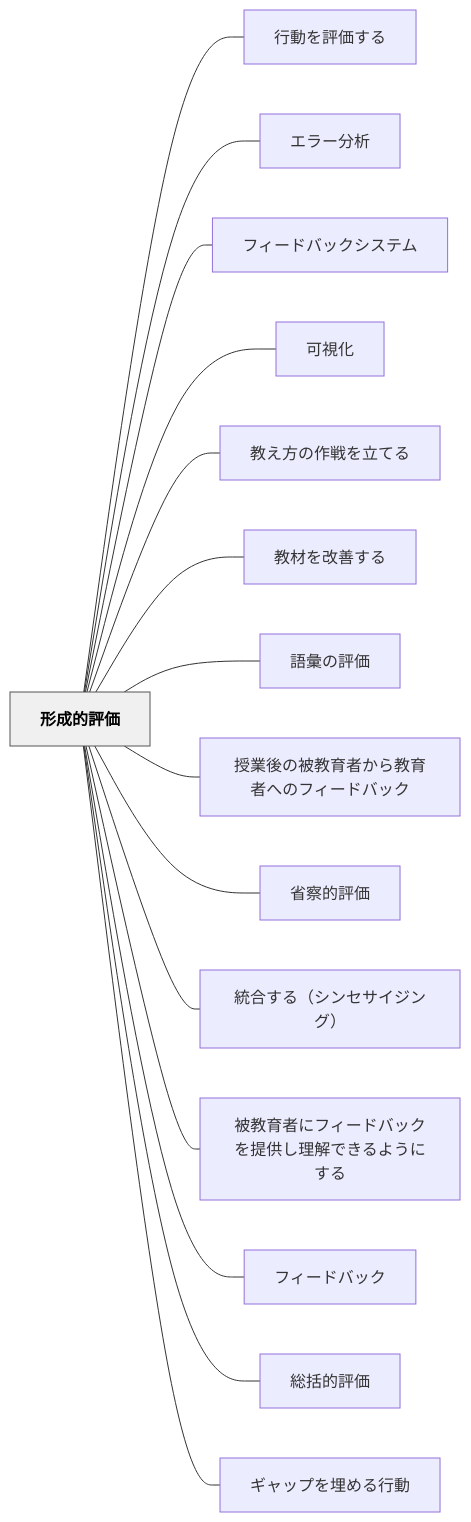
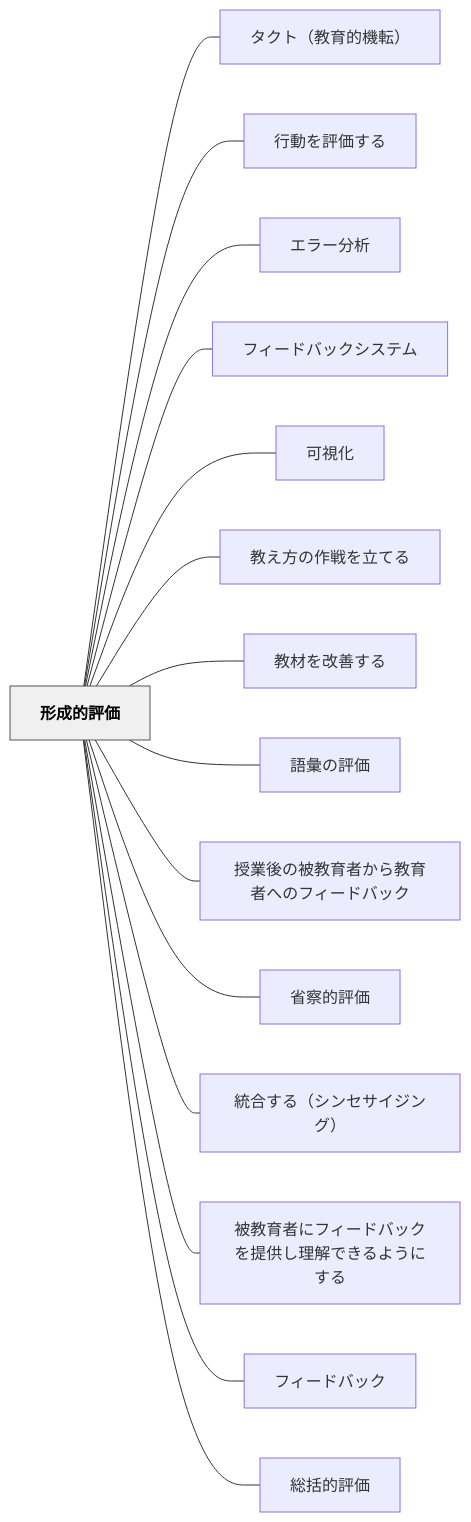
The diagram in content/パタン/形成的評価.md (unknownthings-ed-patterns/unknownthings-ed-patterns), drawn with Mermaid before and after one commit. The commit also changed other lines of this file and 12 other files, not shown here.

````diff
--- a/content/パタン/形成的評価.md
+++ b/content/パタン/形成的評価.md
@@ -92,36 +93,36 @@
 ```mermaid
 flowchart LR
     ne5bda2e68890e79a84e8a995e4bea1["形成的評価"]
+    ne382bfe382afe38388efbc88e69599e882b2e79a84e6a99fe8bba2efbc89["タクト（教育的機転）"]
     ne8a18ce58b95e38292e8a995e4bea1e38199e3828b["行動を評価する"]
     ne382a8e383a9e383bce58886e69e90["エラー分析"]
     ne38395e382a3e383bce38389e38390e38383e382afe382b7e382b9e38386e383a0["フィードバックシステム"]
     ne58fafe8a696e58c96["可視化"]
     ne69599e38188e696b9e381aee4bd9ce688a6e38292e7ab8be381a6e3828b["教え方の作戦を立てる"]
     ne69599e69d90e38292e694b9e59684e38199e3828b["教材を改善する"]
     ne8aa9ee5bd99e381aee8a995e4bea1["語彙の評価"]
     ne68e88e6a5ade5be8ce381aee8a2abe69599e882b2e88085e3818be38289e69599e882b2e88085e381b8e381aee38395e382a3e383bce38389e38390e38383e382af["授業後の被教育者から教育者へのフィードバック"]
     ne79c81e5af9fe79a84e8a995e4bea1["省察的評価"]
     ne7b5b1e59088e38199e3828befbc88e382b7e383b3e382bbe382b5e382a4e382b8e383b3e382b0efbc89["統合する（シンセサイジング）"]
     ne8a2abe69599e882b2e88085e381abe38395e382a3e383bce38389e38390e38383e382afe38292e68f90e4be9be38197e79086e8a7a3e381a7e3818de3828be38288e38186e381abe38199e3828b["被教育者にフィードバックを提供し理解できるようにする"]
     ne38395e382a3e383bce38389e38390e38383e382af["フィードバック"]
     ne7b78fe68bace79a84e8a995e4bea1["総括的評価"]
-    ne382aee383a3e38383e38397e38292e59f8be38281e3828be8a18ce58b95["ギャップを埋める行動"]
 
+    ne5bda2e68890e79a84e8a995e4bea1 --- ne382bfe382afe38388efbc88e69599e882b2e79a84e6a99fe8bba2efbc89
     ne5bda2e68890e79a84e8a995e4bea1 --- ne8a18ce58b95e38292e8a995e4bea1e38199e3828b
     ne5bda2e68890e79a84e8a995e4bea1 --- ne382a8e383a9e383bce58886e69e90
     ne5bda2e68890e79a84e8a995e4bea1 --- ne38395e382a3e383bce38389e38390e38383e382afe382b7e382b9e38386e383a0
     ne5bda2e68890e79a84e8a995e4bea1 --- ne58fafe8a696e58c96
     ne5bda2e68890e79a84e8a995e4bea1 --- ne69599e38188e696b9e381aee4bd9ce688a6e38292e7ab8be381a6e3828b
     ne5bda2e68890e79a84e8a995e4bea1 --- ne69599e69d90e38292e694b9e59684e38199e3828b
     ne5bda2e68890e79a84e8a995e4bea1 --- ne8aa9ee5bd99e381aee8a995e4bea1
     ne5bda2e68890e79a84e8a995e4bea1 --- ne68e88e6a5ade5be8ce381aee8a2abe69599e882b2e88085e3818be38289e69599e882b2e88085e381b8e381aee38395e382a3e383bce38389e38390e38383e382af
     ne5bda2e68890e79a84e8a995e4bea1 --- ne79c81e5af9fe79a84e8a995e4bea1
     ne5bda2e68890e79a84e8a995e4bea1 --- ne7b5b1e59088e38199e3828befbc88e382b7e383b3e382bbe382b5e382a4e382b8e383b3e382b0efbc89
     ne5bda2e68890e79a84e8a995e4bea1 --- ne8a2abe69599e882b2e88085e381abe38395e382a3e383bce38389e38390e38383e382afe38292e68f90e4be9be38197e79086e8a7a3e381a7e3818de3828be38288e38186e381abe38199e3828b
     ne5bda2e68890e79a84e8a995e4bea1 --- ne38395e382a3e383bce38389e38390e38383e382af
     ne5bda2e68890e79a84e8a995e4bea1 --- ne7b78fe68bace79a84e8a995e4bea1
-    ne5bda2e68890e79a84e8a995e4bea1 --- ne382aee383a3e38383e38397e38292e59f8be38281e3828be8a18ce58b95
 
     classDef hub fill:#f0f0f0,stroke:#555,color:#000,font-weight:bold
     class ne5bda2e68890e79a84e8a995e4bea1 hub
 ```
````
